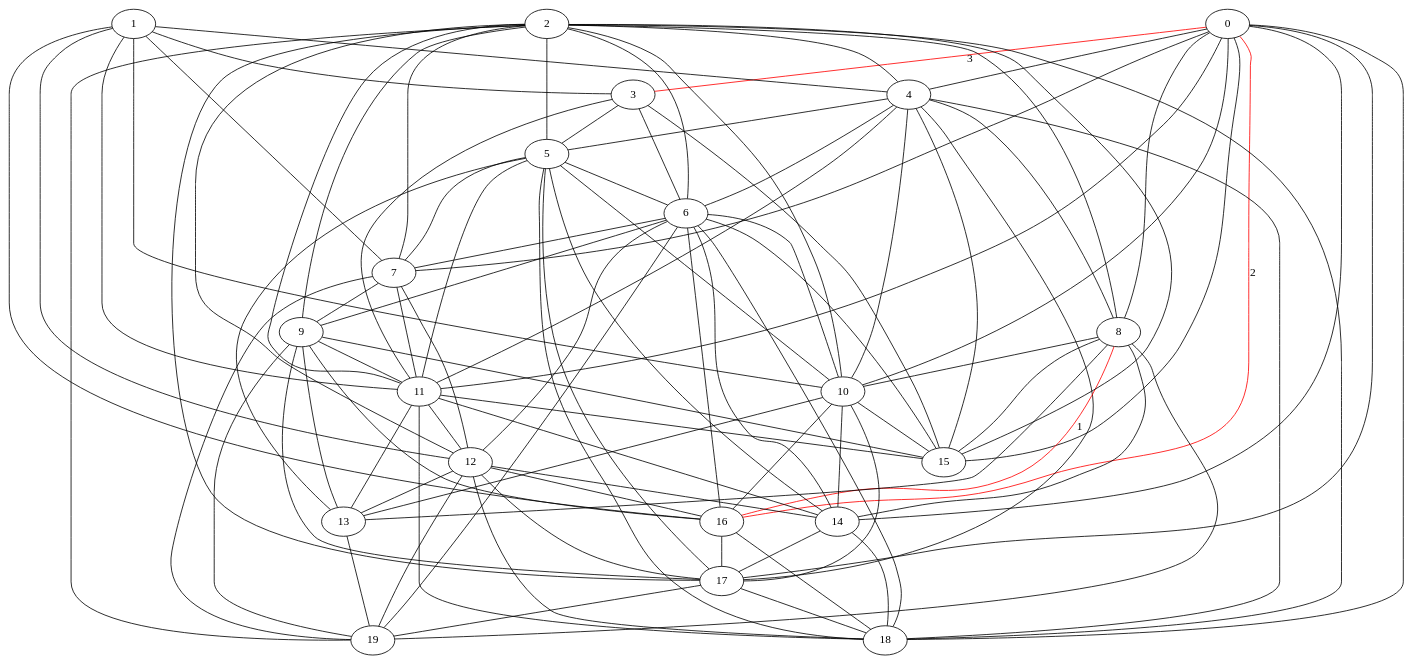
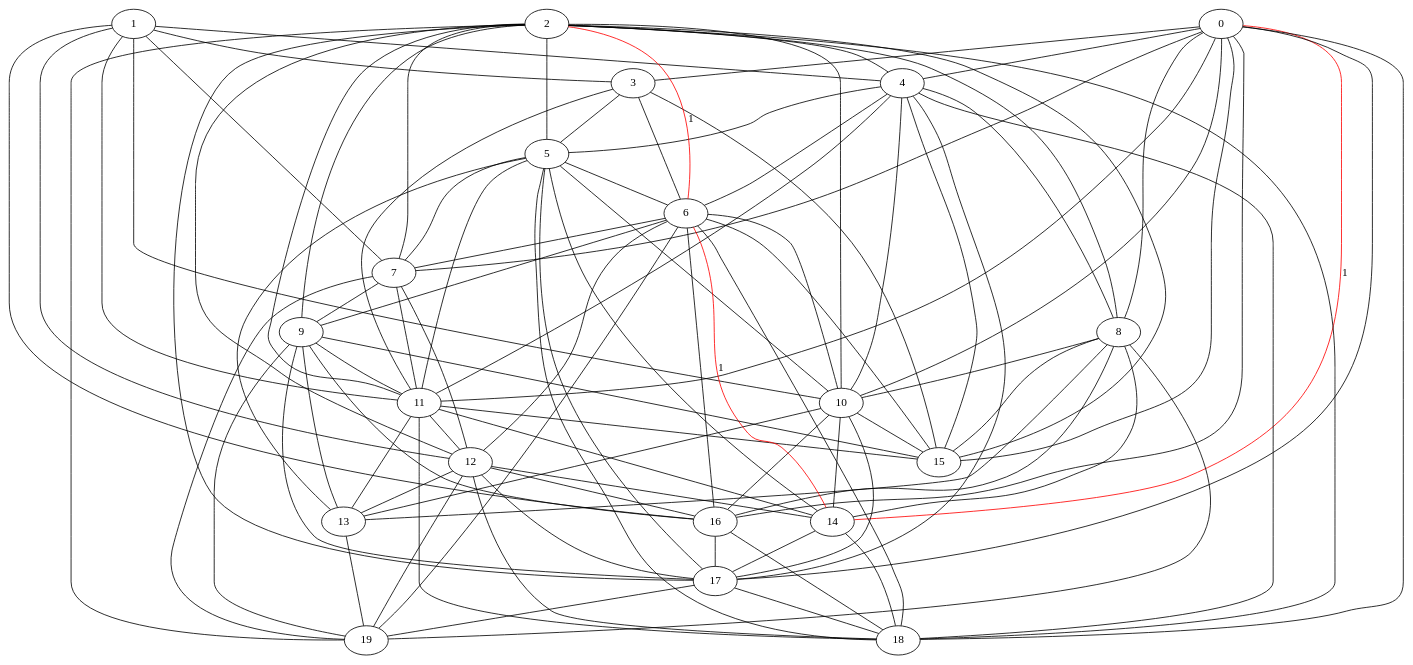
The diagram in week4b/dijkstra/weighted1new.dot (amitkvikram/CS2100), drawn with Graphviz before and after one commit. The commit also changed 7 other files, not shown here.

```diff
--- a/week4b/dijkstra/weighted1new.dot
+++ b/week4b/dijkstra/weighted1new.dot
@@ -1,102 +1,102 @@
 graph weighted1{
-	0 -- 3[color =red][label=3];
+	0 -- 3;
 	0 -- 4;
 	0 -- 7;
 	0 -- 8;
 	0 -- 10;
 	0 -- 11;
-	0 -- 14;
+	0 -- 14[color =red][label=1];
 	0 -- 15;
-	0 -- 16[color =red][label=2];
+	0 -- 16;
 	0 -- 17;
 	0 -- 18;
 	1 -- 3;
 	1 -- 4;
 	1 -- 7;
 	1 -- 10;
 	1 -- 11;
 	1 -- 12;
 	1 -- 16;
 	2 -- 4;
 	2 -- 5;
-	2 -- 6;
+	2 -- 6[color =red][label=1];
 	2 -- 7;
 	2 -- 8;
 	2 -- 9;
 	2 -- 10;
 	2 -- 11;
 	2 -- 12;
 	2 -- 15;
 	2 -- 17;
 	2 -- 18;
 	2 -- 19;
 	3 -- 5;
 	3 -- 6;
 	3 -- 11;
 	3 -- 15;
 	4 -- 5;
 	4 -- 6;
 	4 -- 8;
 	4 -- 10;
 	4 -- 11;
 	4 -- 15;
 	4 -- 17;
 	4 -- 18;
 	5 -- 6;
 	5 -- 7;
 	5 -- 10;
 	5 -- 11;
 	5 -- 13;
 	5 -- 14;
 	5 -- 17;
 	5 -- 18;
 	6 -- 7;
 	6 -- 9;
 	6 -- 10;
 	6 -- 12;
-	6 -- 14;
+	6 -- 14[color =red][label=1];
 	6 -- 15;
 	6 -- 16;
 	6 -- 18;
 	6 -- 19;
 	7 -- 9;
 	7 -- 11;
 	7 -- 12;
 	7 -- 19;
 	8 -- 10;
 	8 -- 13;
 	8 -- 14;
 	8 -- 15;
-	8 -- 16[color =red][label=1];
+	8 -- 16;
 	8 -- 19;
 	9 -- 11;
 	9 -- 13;
 	9 -- 15;
 	9 -- 16;
 	9 -- 17;
 	9 -- 19;
 	10 -- 13;
 	10 -- 14;
 	10 -- 15;
 	10 -- 16;
 	10 -- 17;
 	11 -- 12;
 	11 -- 13;
 	11 -- 14;
 	11 -- 15;
 	11 -- 18;
 	12 -- 13;
 	12 -- 14;
 	12 -- 16;
 	12 -- 17;
 	12 -- 18;
 	12 -- 19;
 	13 -- 19;
 	14 -- 17;
 	14 -- 18;
 	16 -- 17;
 	16 -- 18;
 	17 -- 18;
 	17 -- 19;
 	19
 }
```
